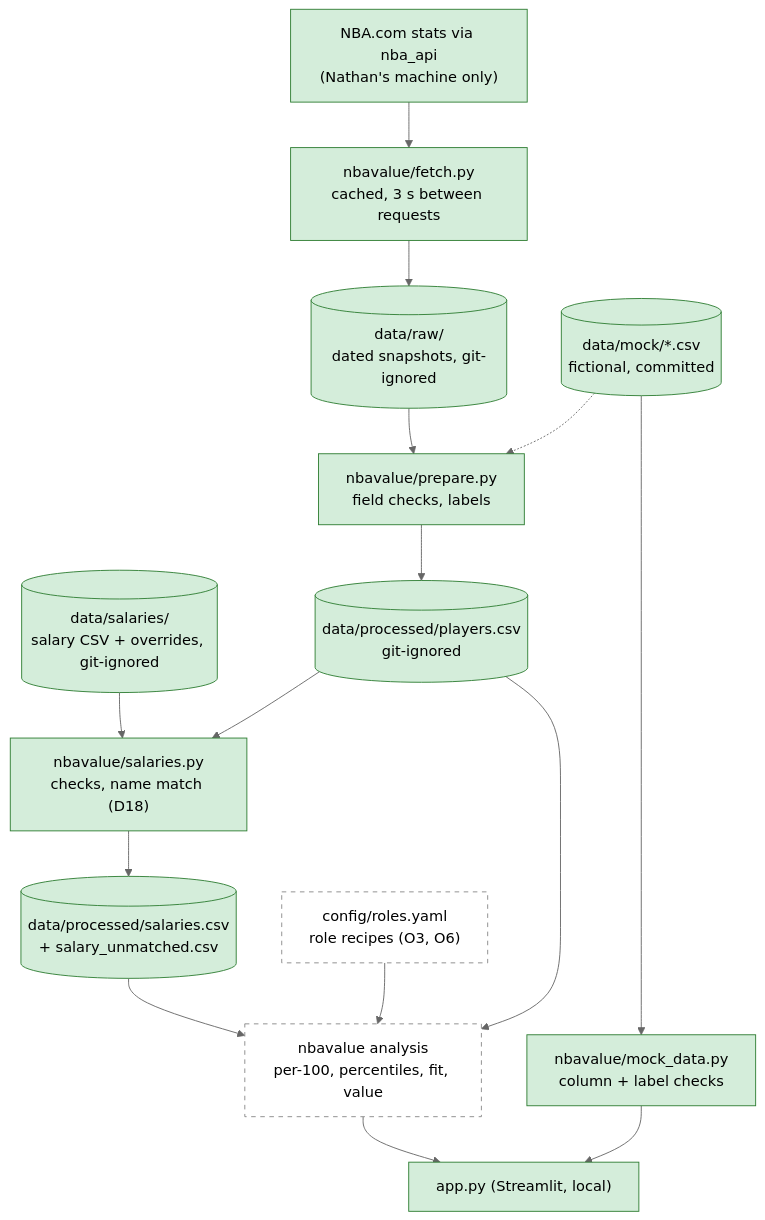
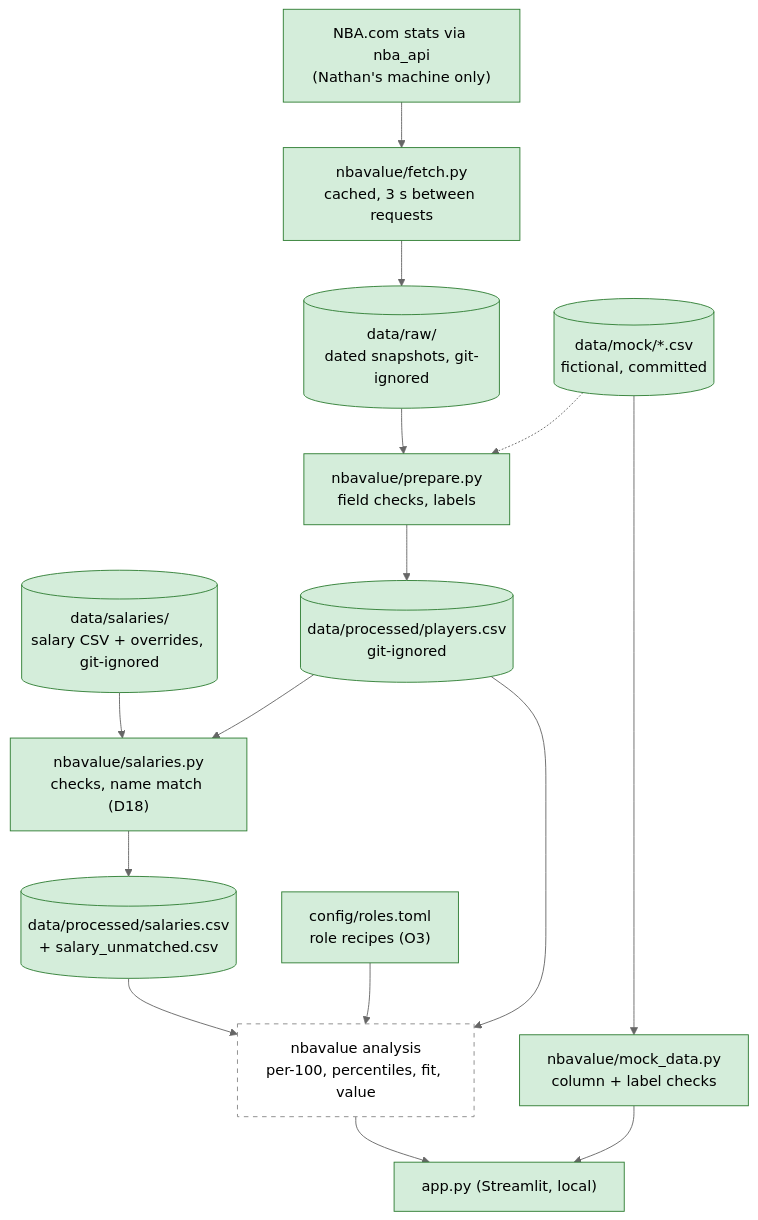
One commit to nathanZKL/EPL-Transfer-Analyzer changed the diagram in docs/architecture.md. Above: the diagram before and after it, drawn with Mermaid (neutral theme). The commit also changed other lines of this file and 3 other files, not shown here.

````diff
--- a/docs/architecture.md
+++ b/docs/architecture.md
@@ -48,30 +50,31 @@
 ```mermaid
 flowchart TD
   NBA["NBA.com stats via nba_api<br/>(Nathan's machine only)"]
   SAL[("data/salaries/<br/>salary CSV + overrides, git-ignored")]
   SALM["nbavalue/salaries.py<br/>checks, name match (D18)"]
   STAB[("data/processed/salaries.csv<br/>+ salary_unmatched.csv")]
   FS["nbavalue/fetch.py<br/>cached, 3 s between requests"]
   RAW[("data/raw/<br/>dated snapshots, git-ignored")]
   MOCK[("data/mock/*.csv<br/>fictional, committed")]
   LOAD["nbavalue/mock_data.py<br/>column + label checks"]
   PREP["nbavalue/prepare.py<br/>field checks, labels"]
   TABLE[("data/processed/players.csv<br/>git-ignored")]
-  ROLES["config/roles.yaml<br/>role recipes (O3, O6)"]
+  ROLES["config/roles.toml<br/>role recipes (O3)"]
   ANA["nbavalue analysis<br/>per-100, percentiles, fit, value"]
   APP["app.py (Streamlit, local)"]
 
   NBA --> FS --> RAW --> PREP
   PREP --> TABLE --> ANA --> APP
   SAL --> SALM --> STAB --> ANA
   TABLE --> SALM
   ROLES --> ANA
   MOCK --> LOAD --> APP
   MOCK -.-> PREP
 
   classDef built fill:#d4edda,stroke:#2e7d32,color:#000
   classDef planned fill:#fff,stroke:#888,stroke-dasharray:5 5,color:#000
   class MOCK,LOAD,APP,FS,PREP,SALM built
   class NBA,RAW,TABLE,SAL,STAB built
-  class ROLES,ANA planned
+  class ROLES built
+  class ANA planned
 ```
````
